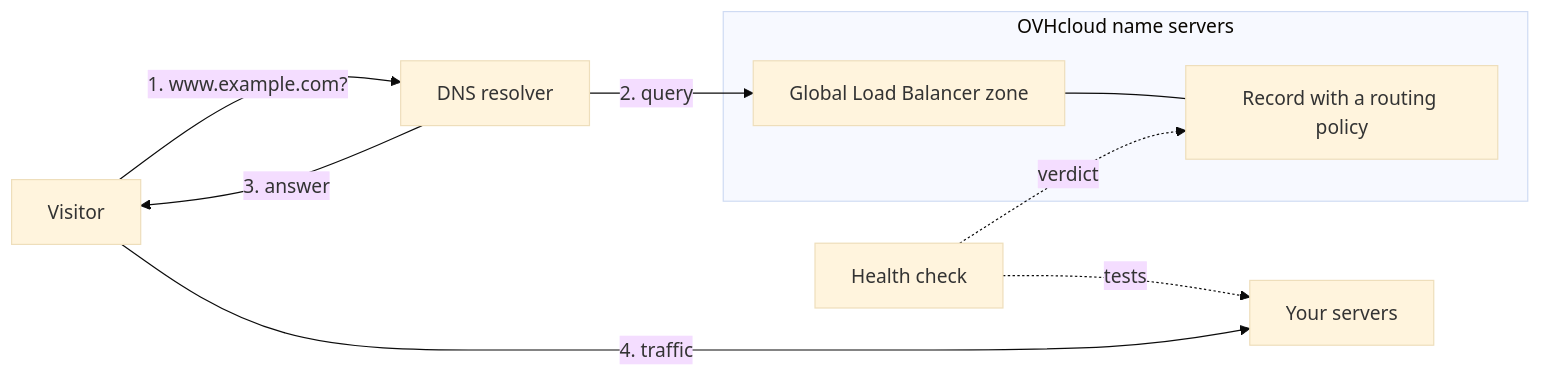
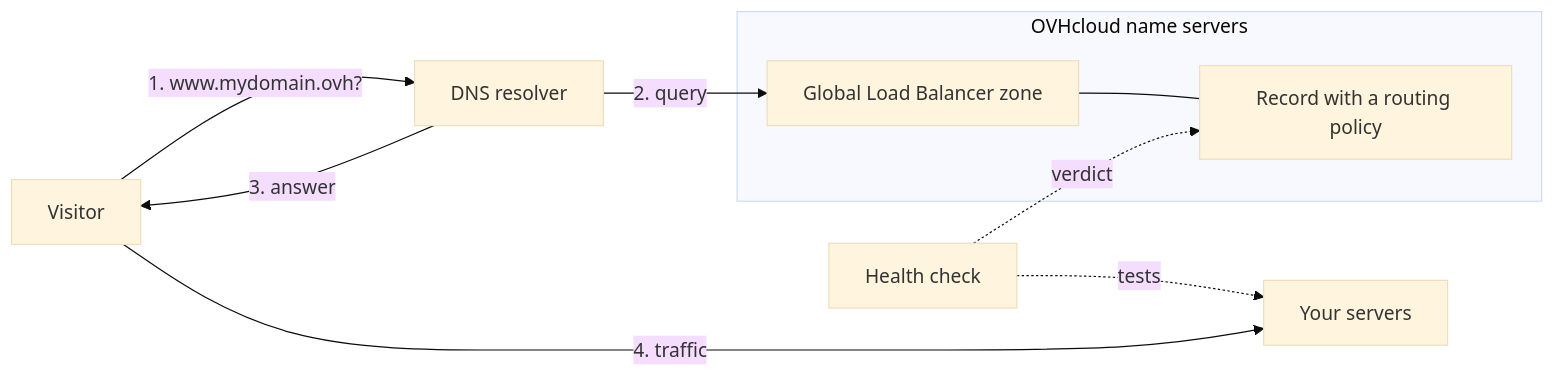
Before and after one commit to ovh/ovhcloud-docs: the diagram in docs/en/guides/network/global-load-balancer/global-load-balancer-getting-started.mdx, drawn with Mermaid (base theme). The commit also changed other lines of this file and 15 other files, not shown here.

````diff
--- a/docs/en/guides/network/global-load-balancer/global-load-balancer-getting-started.mdx
+++ b/docs/en/guides/network/global-load-balancer/global-load-balancer-getting-started.mdx
@@ -37,18 +36,18 @@
 ```mermaid
 flowchart LR
     visitor["Visitor"]
     resolver["DNS resolver"]
     subgraph ovh["OVHcloud name servers"]
         zone["Global Load Balancer zone"]
         record["Record with a routing policy"]
     end
     hc["Health check"]
     servers["Your servers"]
-    visitor -->|"1. www.example.com?"| resolver
+    visitor -->|"1. www.mydomain.ovh?"| resolver
     resolver -->|"2. query"| zone
     zone --- record
     hc -.->|"tests"| servers
     hc -.->|"verdict"| record
     resolver -->|"3. answer"| visitor
     visitor -->|"4. traffic"| servers
 ```
````
